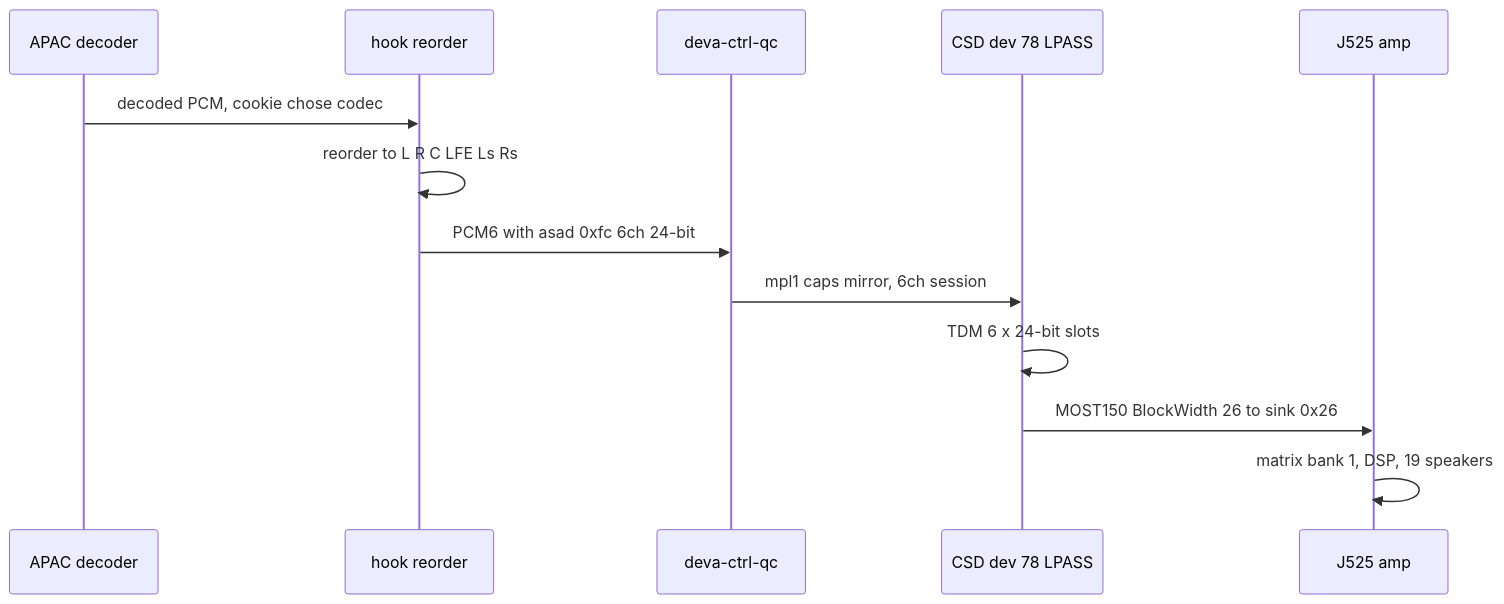
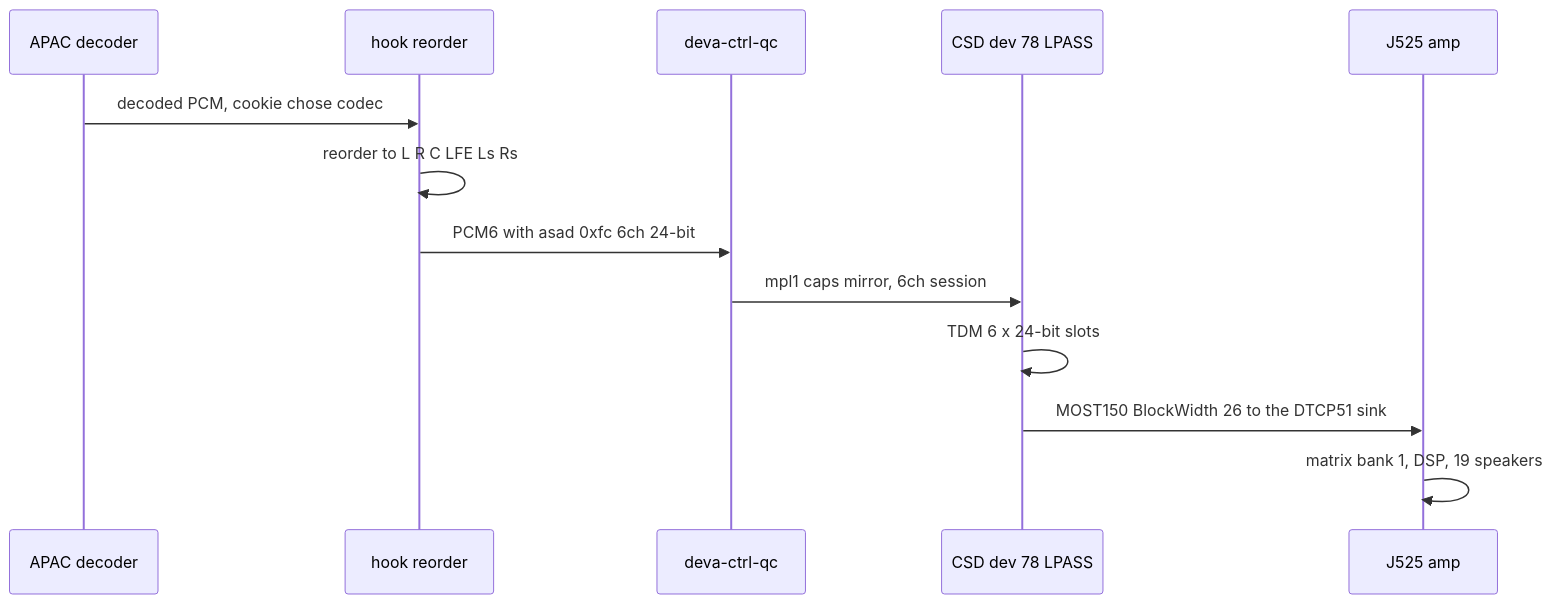
The first of 2 diagrams in docs-obsidian/Audio/Discrete 5.1 Routing.md (luka-dev/mib2q-carplay-rgi), drawn with Mermaid before and after one commit. The commit also changed other lines of this file and 88 other files, not shown here.

````diff
--- a/docs-obsidian/Audio/Discrete 5.1 Routing.md
+++ b/docs-obsidian/Audio/Discrete 5.1 Routing.md
@@ -15,17 +15,17 @@
 ```mermaid
 sequenceDiagram
   accTitle: Discrete 5.1 delivery path
   accDescr: Decoded APAC 5.1 is reordered and folded, written to deva which mirrors mpl1 caps and declares asad=0xfc, through CSD device 78 and LPASS TDM to the MOST ring and the amp.
   participant apac_decoder as APAC decoder
   participant hook_render as hook reorder
   participant deva_driver as deva-ctrl-qc
   participant csd_lpass as CSD dev 78 LPASS
   participant j525_amp as J525 amp
   apac_decoder->>hook_render: decoded PCM, cookie chose codec
   hook_render->>hook_render: reorder to L R C LFE Ls Rs
   hook_render->>deva_driver: PCM6 with asad 0xfc 6ch 24-bit
   deva_driver->>csd_lpass: mpl1 caps mirror, 6ch session
   csd_lpass->>csd_lpass: TDM 6 x 24-bit slots
-  csd_lpass->>j525_amp: MOST150 BlockWidth 26 to sink 0x26
+  csd_lpass->>j525_amp: MOST150 BlockWidth 26 to the DTCP51 sink
   j525_amp->>j525_amp: matrix bank 1, DSP, 19 speakers
 ```
````
